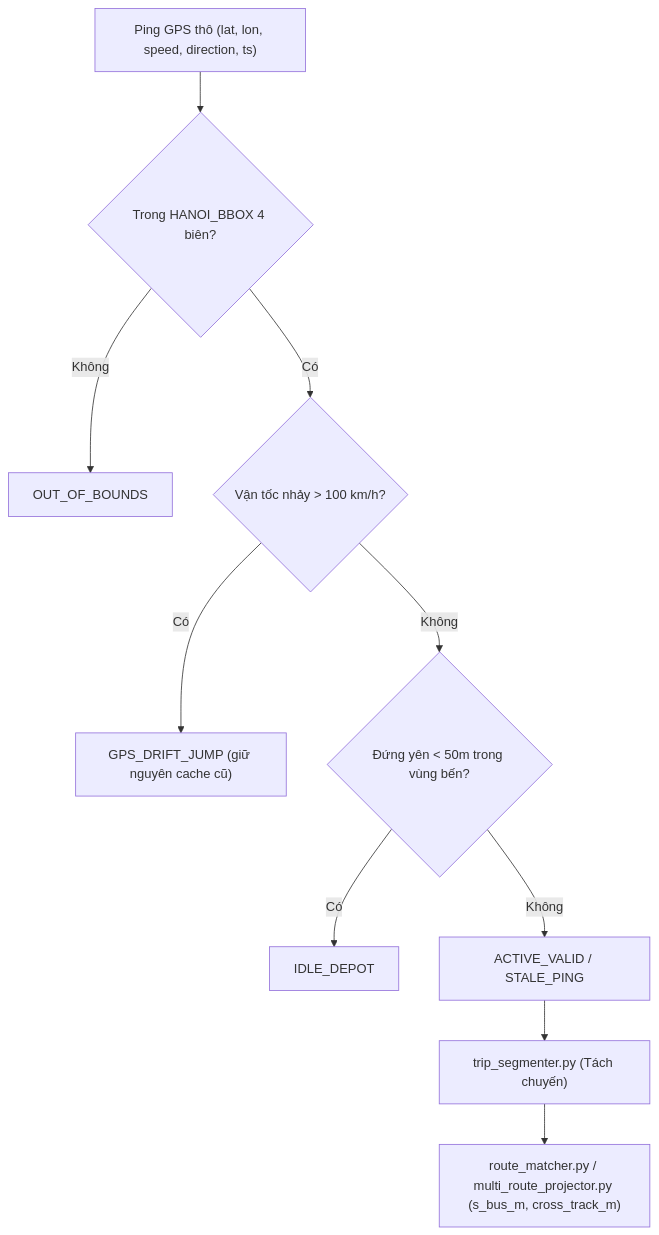
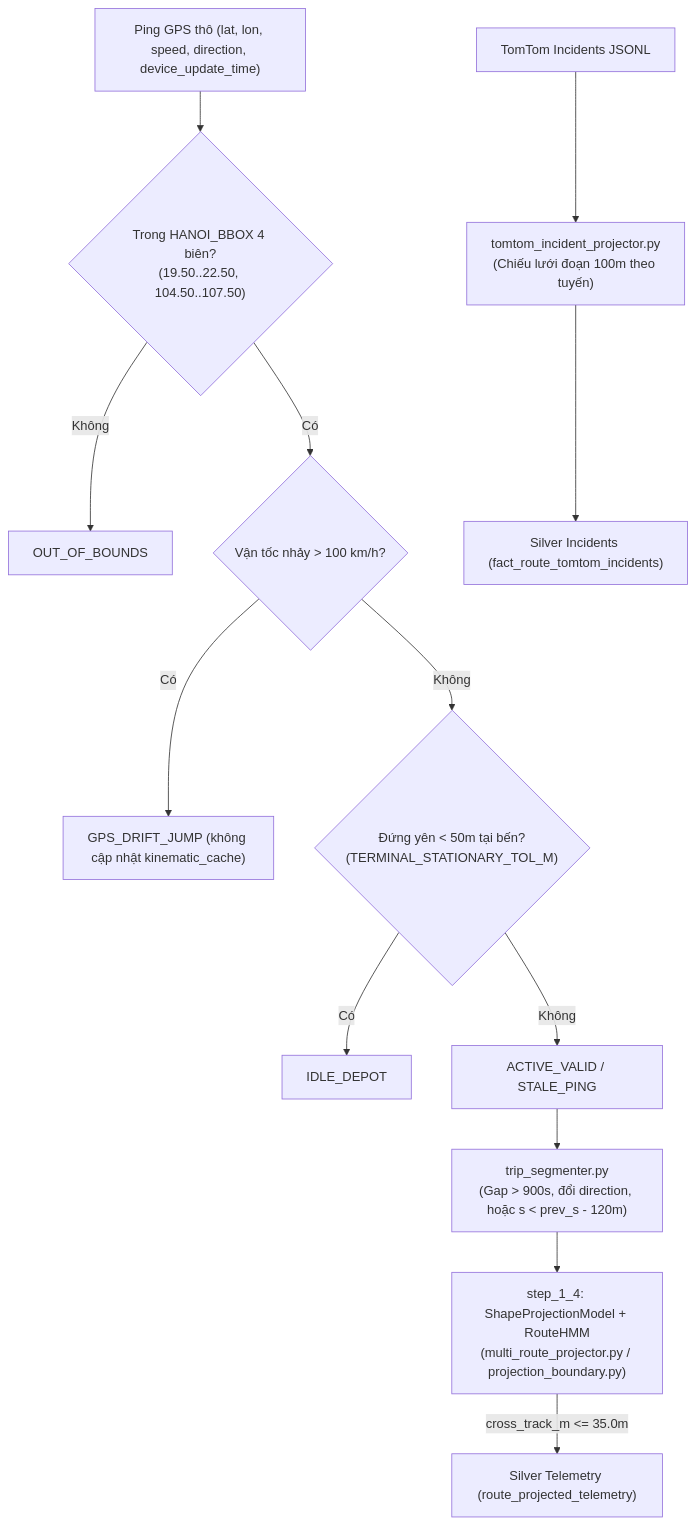
The diagram in docs/PREPROCESSING.md (toibinguz/Bus_tracking), drawn with Mermaid before and after one commit. The commit also changed 10 other files, not shown here.

Commit message:
docs: detail all vertical Mermaid diagrams and show Gold Baseline feeding ML training

````diff
--- a/docs/PREPROCESSING.md
+++ b/docs/PREPROCESSING.md
@@ -9,12 +9,15 @@
 ```mermaid
 flowchart TD
-    PING["Ping GPS thô (lat, lon, speed, direction, ts)"] --> BBOX{"Trong HANOI_BBOX 4 biên?"}
+    PING["Ping GPS thô (lat, lon, speed, direction, device_update_time)"] --> BBOX{"Trong HANOI_BBOX 4 biên?\n(19.50..22.50, 104.50..107.50)"}
     BBOX -->|"Không"| OOB["OUT_OF_BOUNDS"]
     BBOX -->|"Có"| KIN{"Vận tốc nhảy > 100 km/h?"}
-    KIN -->|"Có"| DRIFT["GPS_DRIFT_JUMP (giữ nguyên cache cũ)"]
-    KIN -->|"Không"| DEPOT{"Đứng yên < 50m trong vùng bến?"}
+    KIN -->|"Có"| DRIFT["GPS_DRIFT_JUMP (không cập nhật kinematic_cache)"]
+    KIN -->|"Không"| DEPOT{"Đứng yên < 50m tại bến?\n(TERMINAL_STATIONARY_TOL_M)"}
     DEPOT -->|"Có"| IDLE["IDLE_DEPOT"]
     DEPOT -->|"Không"| VALID["ACTIVE_VALID / STALE_PING"]
-    VALID --> SEG["trip_segmenter.py (Tách chuyến)"]
-    SEG --> FRENET["route_matcher.py / multi_route_projector.py (s_bus_m, cross_track_m)"]
+    VALID --> SEG["trip_segmenter.py\n(Gap > 900s, đổi direction, hoặc s < prev_s - 120m)"]
+    SEG --> PROJ["step_1_4: ShapeProjectionModel + RouteHMM\n(multi_route_projector.py / projection_boundary.py)"]
+    INC["TomTom Incidents JSONL"] --> INCPROJ["tomtom_incident_projector.py\n(Chiếu lưới đoạn 100m theo tuyến)"]
+    PROJ -->|"cross_track_m <= 35.0m"| SIL["Silver Telemetry (route_projected_telemetry)"]
+    INCPROJ --> SILINC["Silver Incidents (fact_route_tomtom_incidents)"]
 ```
````
